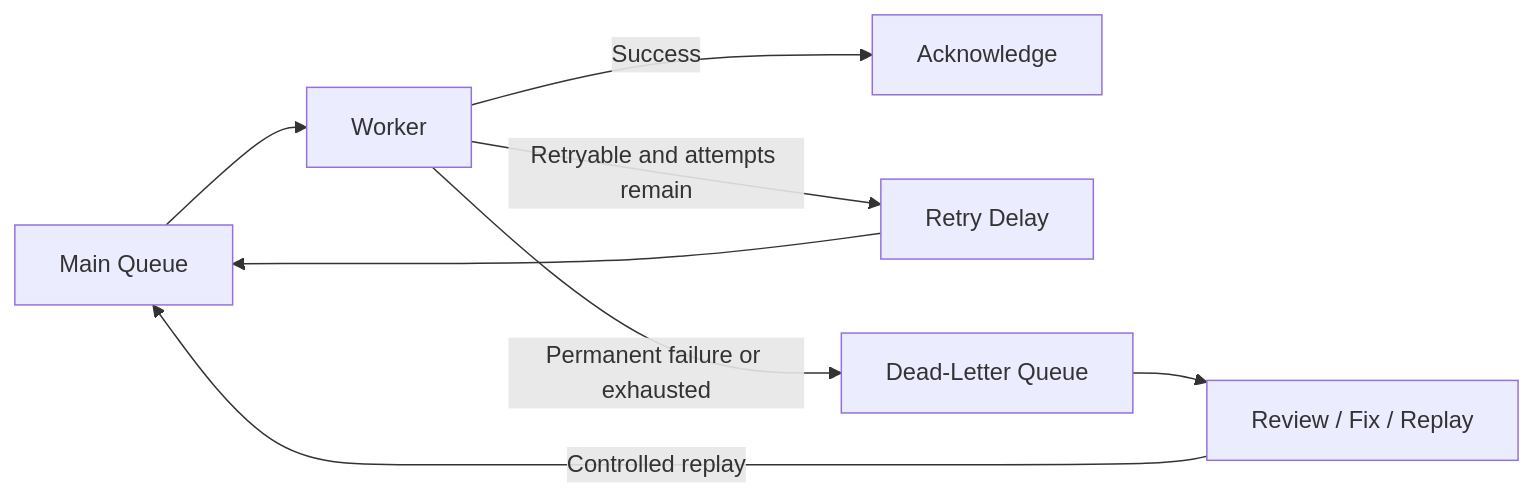
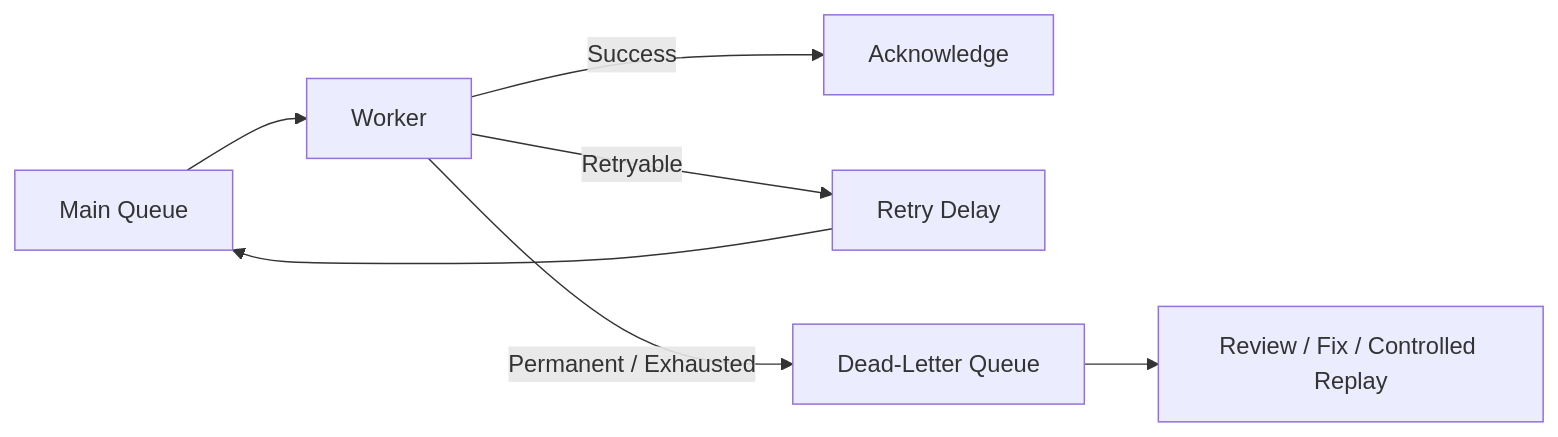
One commit to AvadhBhalodiya/Interview-Preparation changed the third of 4 diagrams in src/content/system-design/job-scheduler.md. Above: the diagram before and after it, drawn with Mermaid. The commit also changed other lines of this file and 54 other files, not shown here.

````diff
--- a/src/content/system-design/job-scheduler.md
+++ b/src/content/system-design/job-scheduler.md
@@ -727,10 +504,9 @@
 ```mermaid
 flowchart LR
     Main[Main Queue] --> Worker[Worker]
     Worker -->|Success| Ack[Acknowledge]
-    Worker -->|Retryable and attempts remain| Retry[Retry Delay]
+    Worker -->|Retryable| Retry[Retry Delay]
     Retry --> Main
-    Worker -->|Permanent failure or exhausted| DLQ[Dead-Letter Queue]
-    DLQ --> Review[Review / Fix / Replay]
-    Review -->|Controlled replay| Main
+    Worker -->|Permanent / Exhausted| DLQ[Dead-Letter Queue]
+    DLQ --> Review[Review / Fix / Controlled Replay]
 ```
````
